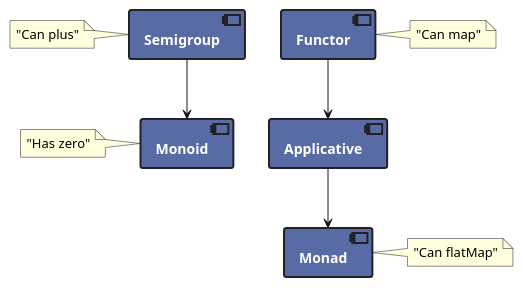
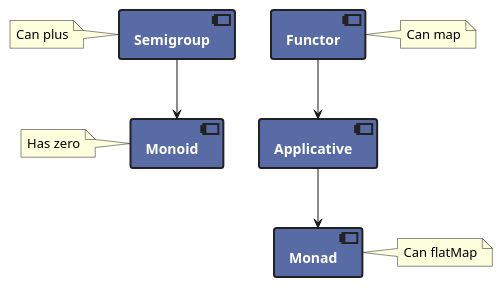
The diagram in slides/diagrams/210-functor.puml (mcanlas/presentation-slides), drawn with PlantUML before and after one commit. The commit also changed 11 other files, not shown here.

```diff
--- a/slides/diagrams/210-functor.puml
+++ b/slides/diagrams/210-functor.puml
@@ -1,31 +1,31 @@
 @startuml
 
 skinparam defaultTextAlignment center
 
 skinparam component {
   fontStyle bold
   fontColor white
   backgroundColor #586ba4
   borderColor #222
   borderThickness 2
 }
 
 component semigroup as "Semigroup"
-note left of semigroup: "Can plus"
+note left of semigroup: Can plus
 
 component monoid as "Monoid"
-note left of monoid: "Has zero"
+note left of monoid: Has zero
 
 semigroup --> monoid
 
 component functor as "Functor"
-note right of functor: "Can map"
+note right of functor: Can map
 
 component applicative as "Applicative"
 
 component monad as "Monad"
-note right of monad: "Can flatMap"
+note right of monad: Can flatMap
 
 functor --> applicative
 applicative --> monad
 @enduml
```
